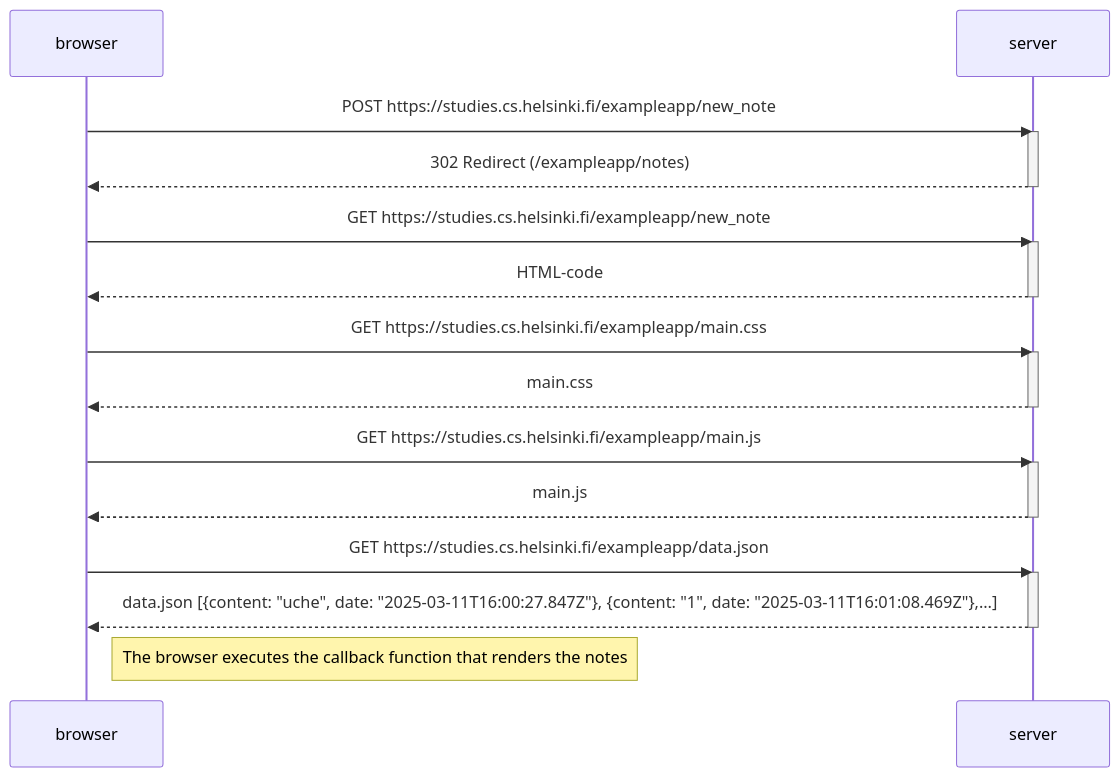
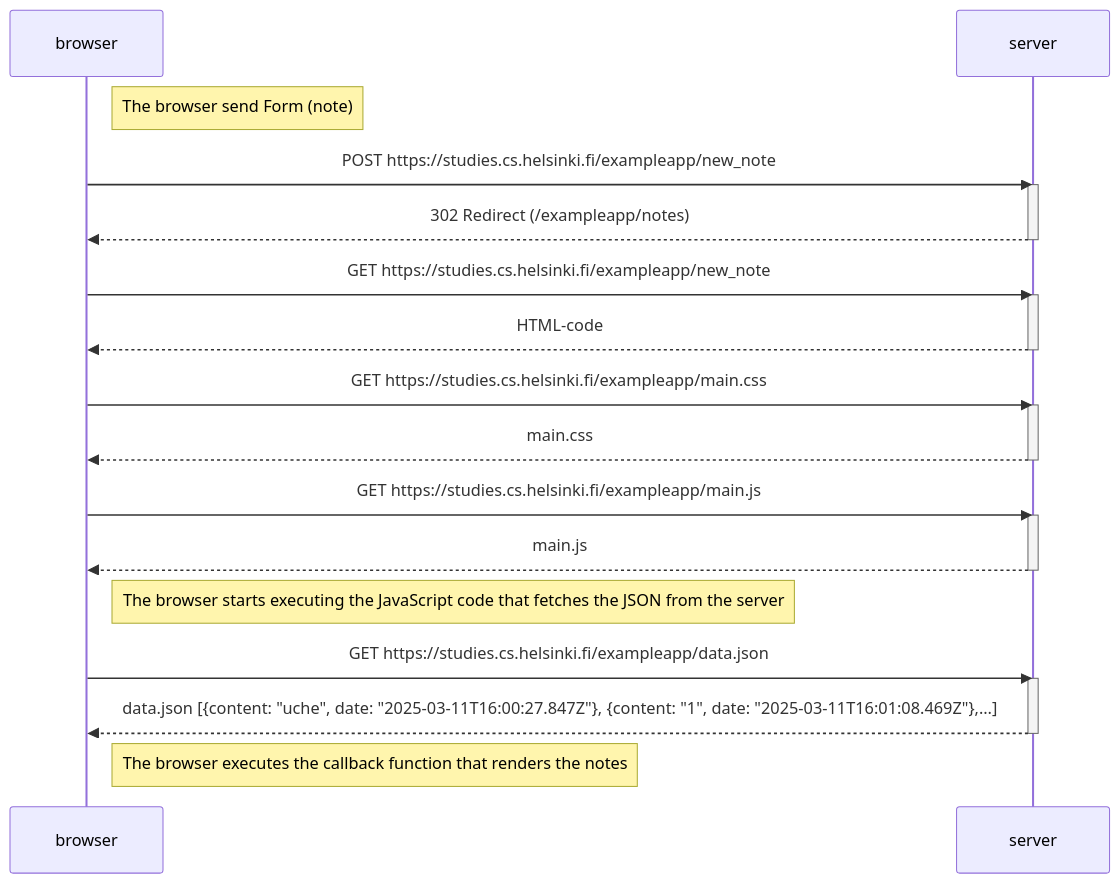
Before and after one commit to Racorral/curso-fullstack-react: the diagram in part0/0.4/mermaid-diagram-2025-03-11-231848.mmd, drawn with Mermaid. The commit also changed 4 other files, not shown here.

```diff
--- a/part0/0.4/mermaid-diagram-2025-03-11-231848.mmd
+++ b/part0/0.4/mermaid-diagram-2025-03-11-231848.mmd
@@ -1,30 +1,34 @@
 sequenceDiagram
     participant browser
     participant server
+
+    Note right of browser: The browser send Form (note)
 
     browser->>server: POST https://studies.cs.helsinki.fi/exampleapp/new_note
     activate server
     server-->>browser: 302 Redirect (/exampleapp/notes)
     deactivate server
 
     browser->>server: GET https://studies.cs.helsinki.fi/exampleapp/new_note
     activate server
     server-->>browser: HTML-code
     deactivate server
 
     browser->>server: GET https://studies.cs.helsinki.fi/exampleapp/main.css
     activate server
     server-->>browser: main.css
     deactivate server
 
     browser->>server: GET https://studies.cs.helsinki.fi/exampleapp/main.js
     activate server
     server-->>browser: main.js
     deactivate server
 
+    Note right of browser: The browser starts executing the JavaScript code that fetches the JSON from the server
+
     browser->>server: GET https://studies.cs.helsinki.fi/exampleapp/data.json
     activate server
     server-->>browser: data.json [{content: "uche", date: "2025-03-11T16:00:27.847Z"}, {content: "1", date: "2025-03-11T16:01:08.469Z"},…]
     deactivate server
 
     Note right of browser: The browser executes the callback function that renders the notes
```
